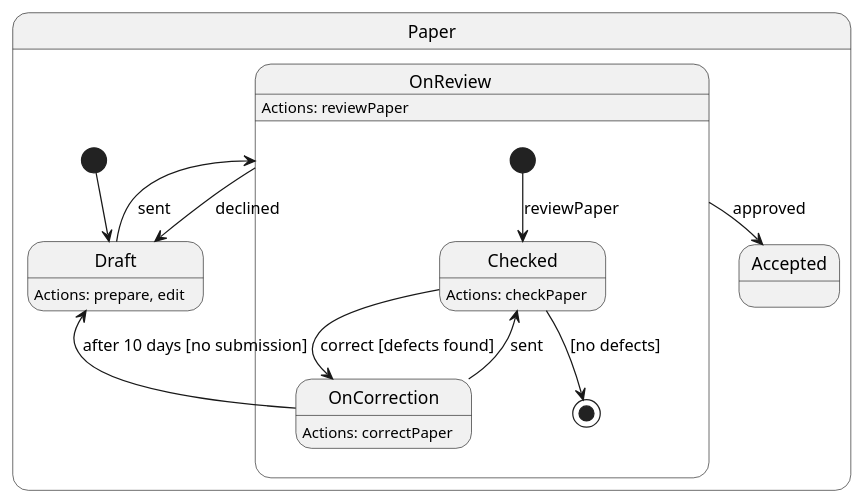
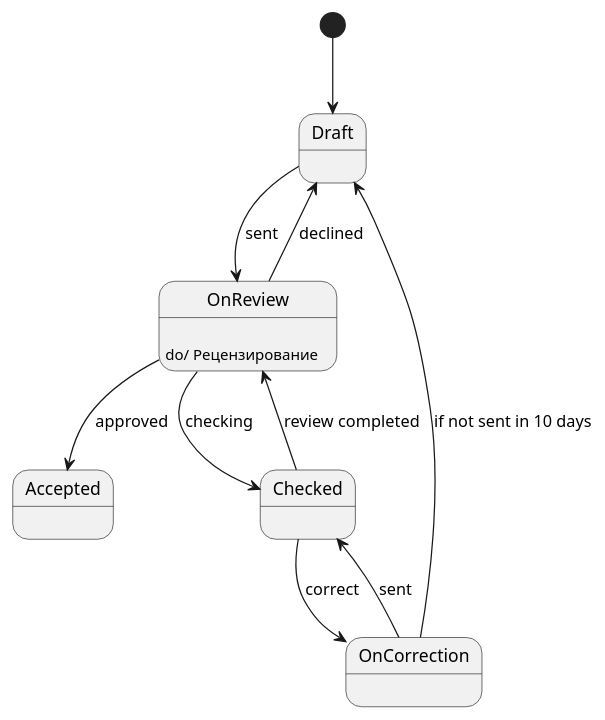
One commit to lisisisan/CASE-2024 changed the diagram in lab6/2.puml. Above: the diagram before and after it, drawn with PlantUML. The commit also changed 27 other files, not shown here.

```diff
--- a/lab6/2.puml
+++ b/lab6/2.puml
@@ -1,23 +1,24 @@
-@startuml
-state Paper {
-    [*] --> Draft
-    Draft --> OnReview : sent
-    
-    state OnReview {
-        [*] --> Checked : reviewPaper
-        Checked --> OnCorrection : correct [defects found]
-        Checked --> [*] : [no defects]
-        
-        OnCorrection --> Checked : sent
-        OnCorrection --> Draft : after 10 days [no submission]
-    }
-    
-    OnReview --> Accepted : approved
-    OnReview --> Draft : declined
-}
+@startuml 2
+[*] --> Draft
 
-Draft : Actions: prepare, edit
-OnReview : Actions: reviewPaper
-Checked : Actions: checkPaper
-OnCorrection : Actions: correctPaper
+Draft :
+Draft --> OnReview : sent
+
+OnReview : 
+OnReview : do/ Рецензирование
+OnReview --> Accepted : approved
+OnReview --> Draft : declined
+
+Accepted : 
+
+OnReview --> Checked : checking
+
+Checked : 
+Checked --> OnCorrection : correct
+Checked --> OnReview : review completed
+
+OnCorrection :
+OnCorrection --> Checked : sent
+OnCorrection --> Draft : if not sent in 10 days
+
 @enduml
```
